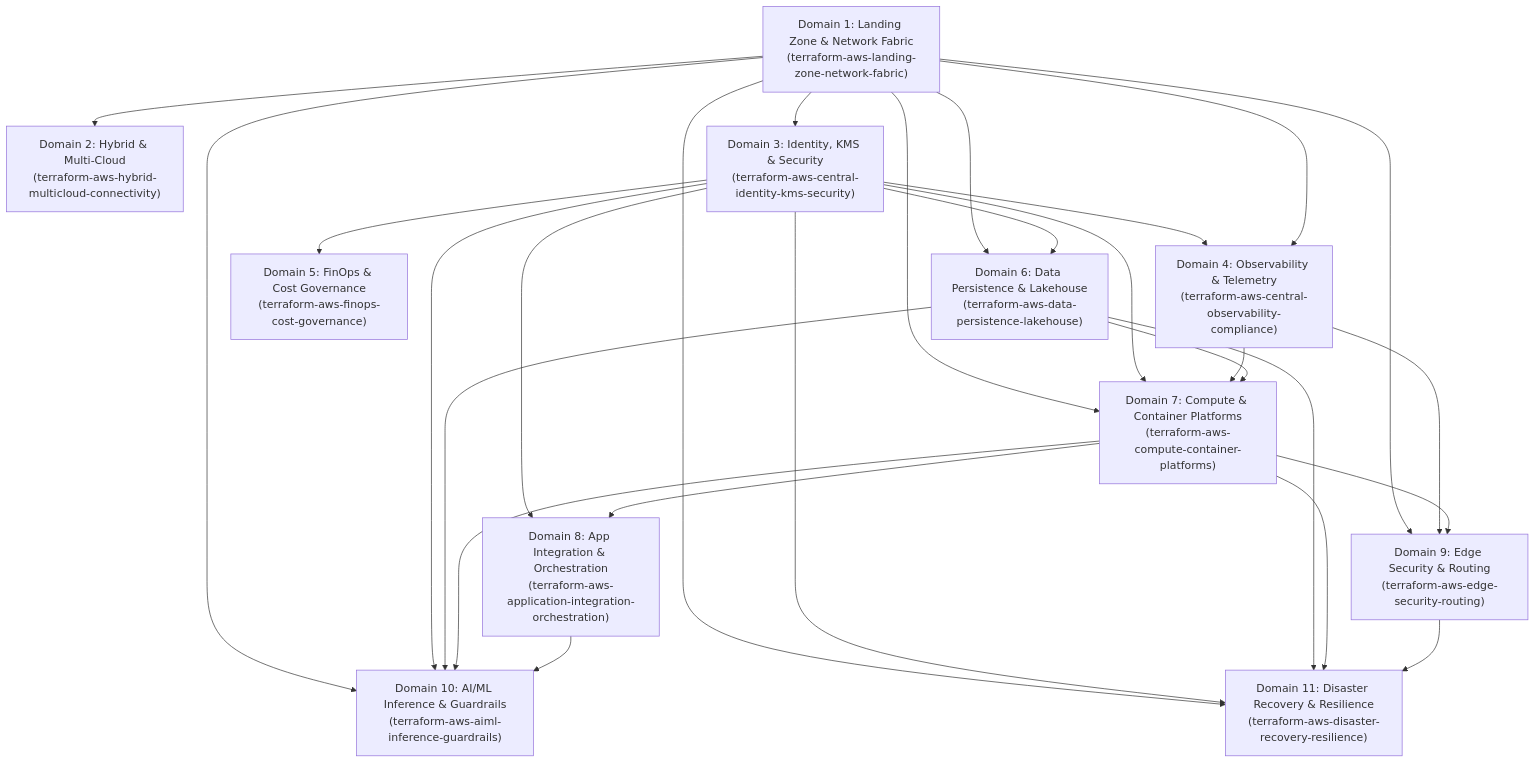
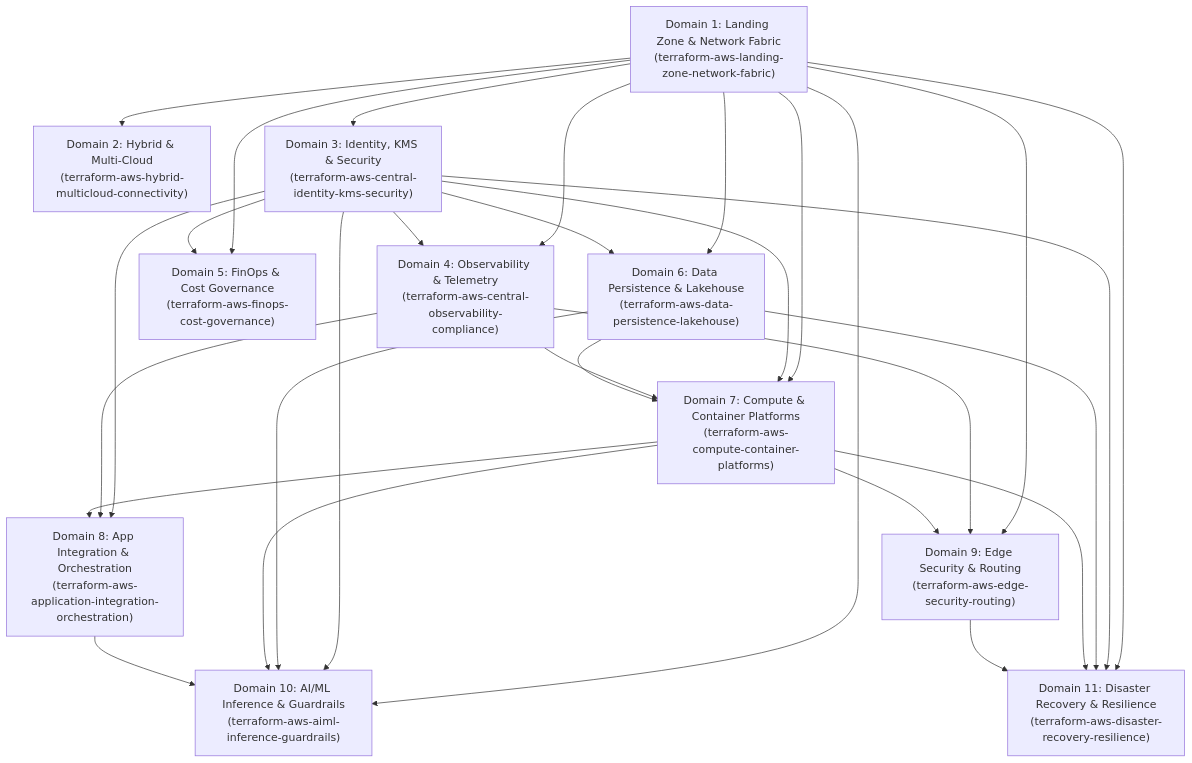
The diagram in iac-catalogs/modules-dependency-matrix.md (minddrop/aws-solution-map), drawn with Mermaid before and after one commit. The commit also changed other lines of this file and 1 other file, not shown here.

Commit message:
fix(iac): synchronize module dependency DAG edges and add FinOps tags to Terragrunt state lock table

````diff
--- a/iac-catalogs/modules-dependency-matrix.md
+++ b/iac-catalogs/modules-dependency-matrix.md
@@ -5,49 +5,51 @@
 ```mermaid
 graph TD
     D01["Domain 1: Landing Zone & Network Fabric<br/>(terraform-aws-landing-zone-network-fabric)"]
     D02["Domain 2: Hybrid & Multi-Cloud<br/>(terraform-aws-hybrid-multicloud-connectivity)"]
     D03["Domain 3: Identity, KMS & Security<br/>(terraform-aws-central-identity-kms-security)"]
     D04["Domain 4: Observability & Telemetry<br/>(terraform-aws-central-observability-compliance)"]
     D05["Domain 5: FinOps & Cost Governance<br/>(terraform-aws-finops-cost-governance)"]
     D06["Domain 6: Data Persistence & Lakehouse<br/>(terraform-aws-data-persistence-lakehouse)"]
     D07["Domain 7: Compute & Container Platforms<br/>(terraform-aws-compute-container-platforms)"]
     D08["Domain 8: App Integration & Orchestration<br/>(terraform-aws-application-integration-orchestration)"]
     D09["Domain 9: Edge Security & Routing<br/>(terraform-aws-edge-security-routing)"]
     D10["Domain 10: AI/ML Inference & Guardrails<br/>(terraform-aws-aiml-inference-guardrails)"]
     D11["Domain 11: Disaster Recovery & Resilience<br/>(terraform-aws-disaster-recovery-resilience)"]
 
     %% Core Foundation Tier
     D01 --> D02
     D01 --> D03
+    D01 --> D04
     D03 --> D04
-    D01 --> D04
+    D01 --> D05
     D03 --> D05
 
     %% Data & Platform Tier
     D01 --> D06
     D03 --> D06
     D01 --> D07
     D03 --> D07
     D04 --> D07
     D06 --> D07
 
     %% Integration & Edge Tier
     D03 --> D08
+    D04 --> D08
     D07 --> D08
     D01 --> D09
     D04 --> D09
     D07 --> D09
 
     %% AI & DR Resilience Tier
     D01 --> D10
     D03 --> D10
     D06 --> D10
     D07 --> D10
     D08 --> D10
 
     D01 --> D11
     D03 --> D11
     D06 --> D11
     D07 --> D11
     D09 --> D11
 ```
````
